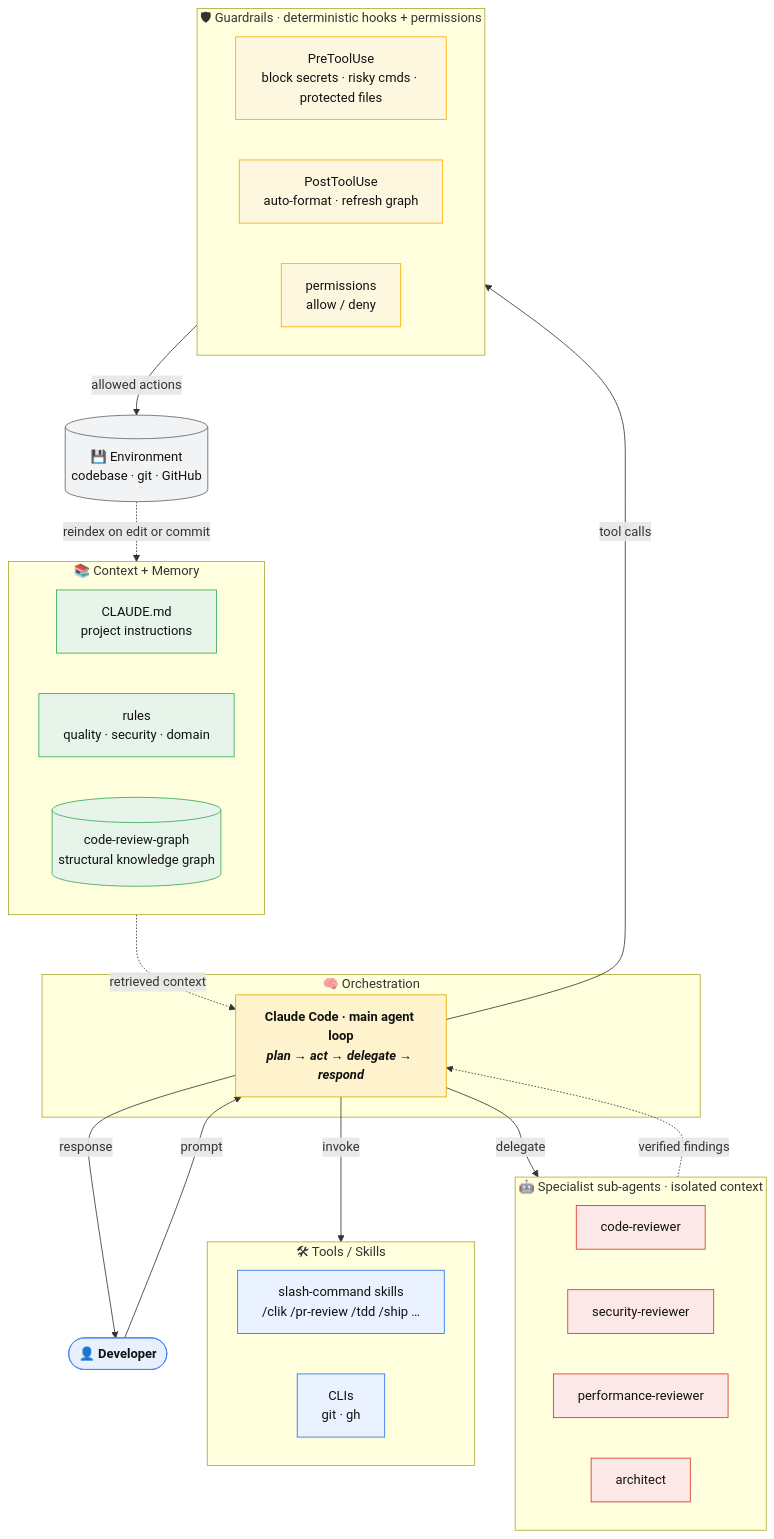
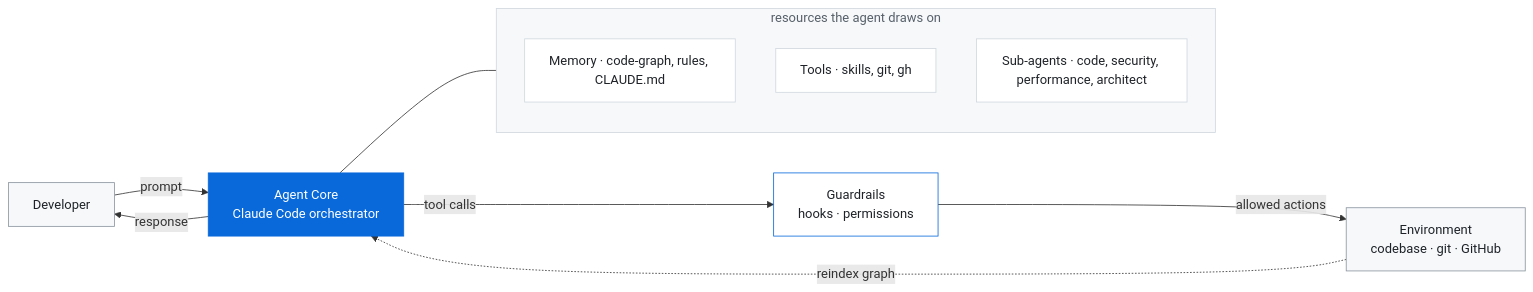
Before and after one commit to krish-shahh/clik: the diagram in README.md, drawn with Mermaid. The commit also changed other lines of this file, not shown here.

Commit message:
docs: clean up architecture diagram
Replace the emoji/rainbow/crossing-arrows version with a restrained
single-accent layout: one backbone (Developer -> Agent Core -> Guardrails
-> Environment), resources grouped in one plane, minimal edges, no emoji,
GitHub-blue accent only.

````diff
--- a/README.md
+++ b/README.md
@@ -159,56 +159,28 @@
 ```mermaid
-flowchart TB
-    U(["👤 Developer"]):::user
+flowchart LR
+    DEV["Developer"]:::io
+    CORE["Agent Core<br/>Claude Code orchestrator"]:::core
+    GUARD["Guardrails<br/>hooks · permissions"]:::edge
+    ENV["Environment<br/>codebase · git · GitHub"]:::io
 
-    subgraph ORCH["🧠 Orchestration"]
-        A["Claude Code · main agent loop<br/><i>plan → act → delegate → respond</i>"]:::orch
+    DEV -->|prompt| CORE
+    CORE -->|tool calls| GUARD
+    GUARD -->|allowed actions| ENV
+    CORE -->|response| DEV
+    ENV -.->|reindex graph| CORE
+
+    subgraph RES["resources the agent draws on"]
+        direction TB
+        MEM["Memory · code-graph, rules, CLAUDE.md"]:::res
+        TOOL["Tools · skills, git, gh"]:::res
+        SUB["Sub-agents · code, security, performance, architect"]:::res
     end
 
-    subgraph KNOW["📚 Context + Memory"]
-        direction LR
-        CM["CLAUDE.md<br/>project instructions"]:::mem
-        RL["rules<br/>quality · security · domain"]:::mem
-        KG[("code-review-graph<br/>structural knowledge graph")]:::mem
-    end
+    CORE --- RES
 
-    subgraph TOOLS["🛠 Tools / Skills"]
-        direction LR
-        SK["slash-command skills<br/>/clik /pr-review /tdd /ship …"]:::tool
-        CLI["CLIs<br/>git · gh"]:::tool
-    end
-
-    subgraph AGENTS["🤖 Specialist sub-agents · isolated context"]
-        direction LR
-        CR["code-reviewer"]:::agent
-        SR["security-reviewer"]:::agent
-        PRf["performance-reviewer"]:::agent
-        AR["architect"]:::agent
-    end
-
-    subgraph GUARD["🛡 Guardrails · deterministic hooks + permissions"]
-        direction LR
-        PRE["PreToolUse<br/>block secrets · risky cmds · protected files"]:::guard
-        POST["PostToolUse<br/>auto-format · refresh graph"]:::guard
-        PERM["permissions<br/>allow / deny"]:::guard
-    end
-
-    ENV[("💾 Environment<br/>codebase · git · GitHub")]:::env
-
-    U -->|prompt| A
-    KNOW -. retrieved context .-> A
-    A -->|invoke| TOOLS
-    A -->|delegate| AGENTS
-    AGENTS -. verified findings .-> A
-    A -->|tool calls| GUARD
-    GUARD -->|allowed actions| ENV
-    ENV -. reindex on edit or commit .-> KG
-    A -->|response| U
-
-    classDef user fill:#e8f0fe,stroke:#4285f4,color:#111,font-weight:bold;
-    classDef orch fill:#fff3cd,stroke:#e0a800,color:#111,font-weight:bold;
-    classDef mem fill:#e6f4ea,stroke:#34a853,color:#111;
-    classDef tool fill:#eaf2ff,stroke:#1a73e8,color:#111;
-    classDef agent fill:#fce8e6,stroke:#d93025,color:#111;
-    classDef guard fill:#fef7e0,stroke:#f9ab00,color:#111;
-    classDef env fill:#f1f3f4,stroke:#5f6368,color:#111;
+    classDef io fill:#f6f8fa,stroke:#8b949e,color:#1f2328;
+    classDef core fill:#0969da,stroke:#0969da,color:#ffffff;
+    classDef edge fill:#ffffff,stroke:#0969da,color:#1f2328;
+    classDef res fill:#ffffff,stroke:#d0d7de,color:#1f2328;
+    style RES fill:#f6f8fa,stroke:#d0d7de,color:#57606a;
 ```
````
